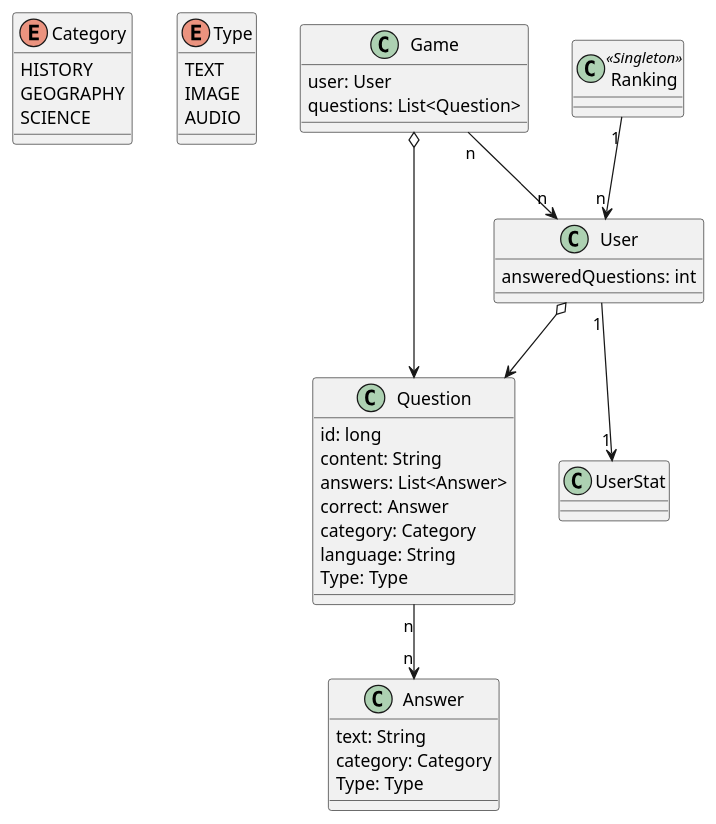
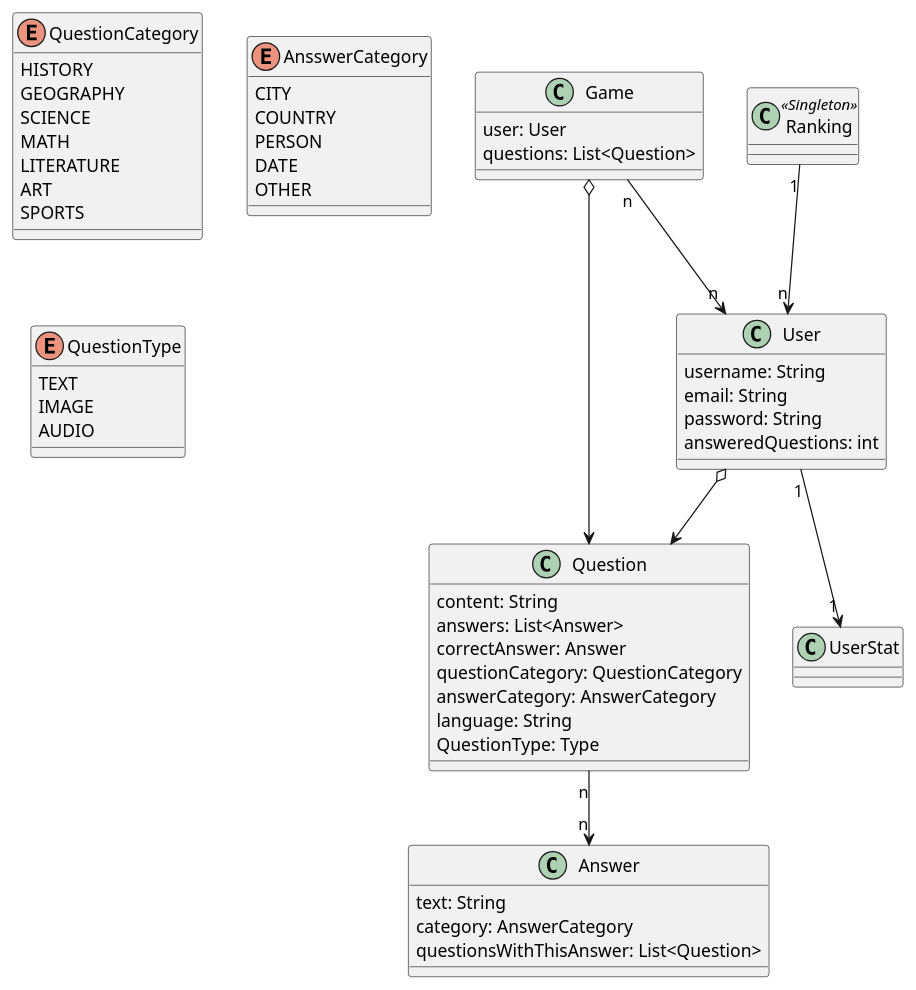
One commit to Arquisoft/wiq_en2b changed the diagram in docs/src/08_concepts.adoc. Above: the diagram before and after it, drawn with PlantUML.

Commit message:
Chore: Updated the class diagram

```diff
--- a/docs/src/08_concepts.adoc
+++ b/docs/src/08_concepts.adoc
@@ -9,58 +9,74 @@
 [plantuml,"ConceptsDomainModel1",png]
 ----
 @startuml
 
-enum Category {
+enum QuestionCategory {
     HISTORY
     GEOGRAPHY
     SCIENCE
+    MATH
+    LITERATURE
+    ART
+    SPORTS
 }
 
-enum Type {
+enum AnsswerCategory {
+    CITY
+    COUNTRY
+    PERSON
+    DATE
+    OTHER
+}
+
+enum QuestionType{
     TEXT
     IMAGE
     AUDIO
 }
 
 class Question{
-    id: long
     content: String
     answers: List<Answer>
-    correct: Answer
-    category: Category
+    correctAnswer: Answer
+    questionCategory: QuestionCategory
+    answerCategory: AnswerCategory
     language: String
-    Type: Type
+    QuestionType: Type
 }
 
 class User{
+    username: String
+    email: String
+    password: String
     answeredQuestions: int
 }
 
 class UserStat{
 }
 
 class Answer {
     text: String
-    category: Category
-    Type: Type
+    category: AnswerCategory
+    questionsWithThisAnswer: List<Question>
+
 }
 
 class Game {
     user: User
     questions: List<Question>
 }
 
 
 class Ranking << Singleton >> {
-    
+
 }
 
 User  o--> Question
 User "1" --> "1" UserStat
 Game  o--> Question
 Game "n" --> "n" User
 Question "n" --> "n" Answer
 Ranking "1" --> "n" User
 
 @enduml
 ----
```
